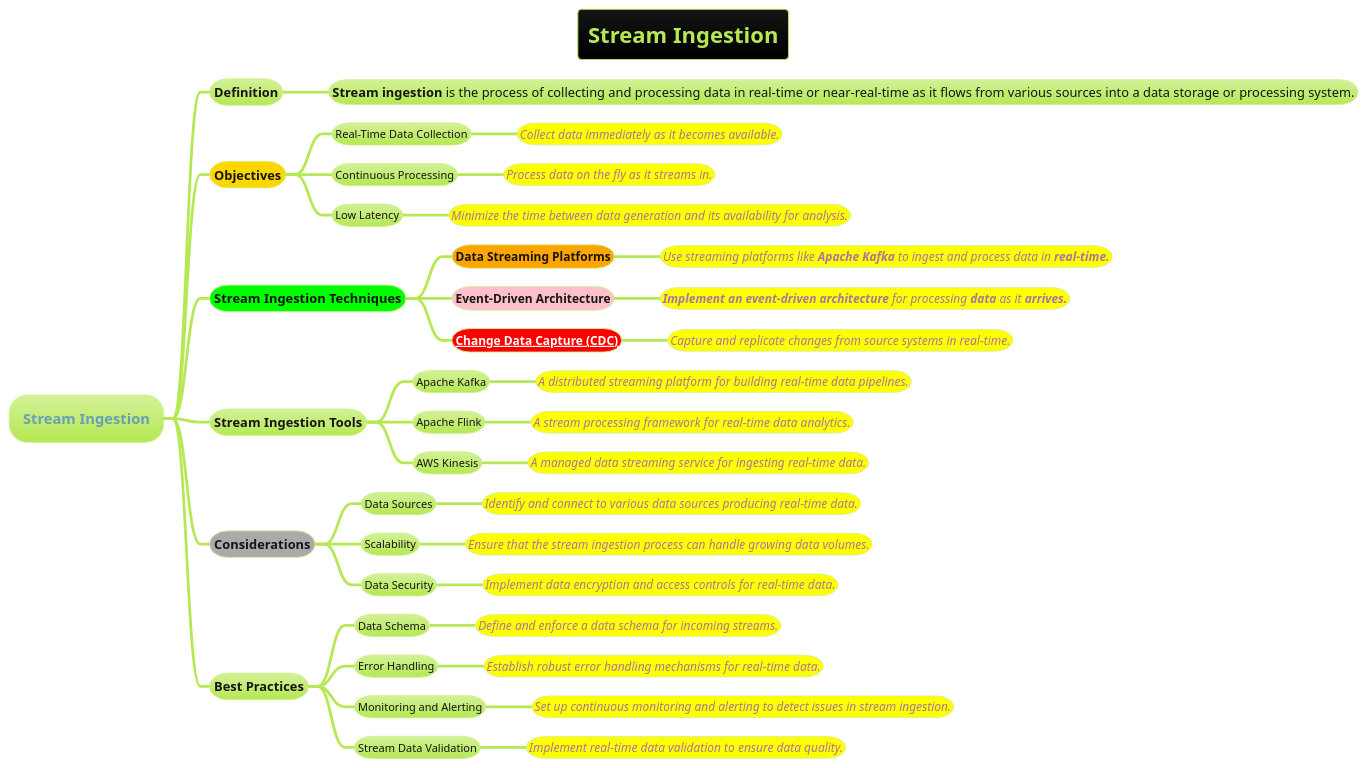
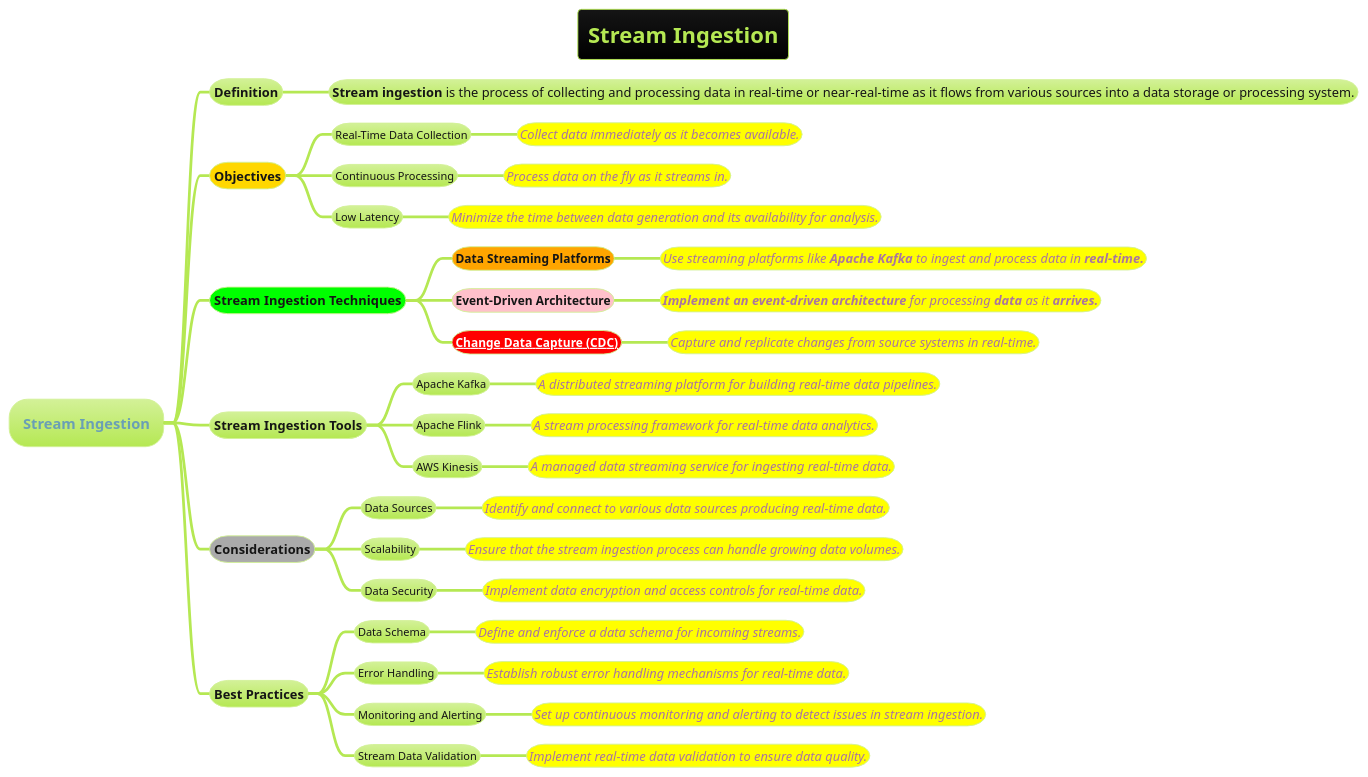
The diagram in docs/AI-ML- DL-Data-Science-and-BigData/data-science/data-engineering/data-pipeline/Stream-Ingestion.puml (MehmoodHashmi/Documentation-as-Code-DaC), drawn with PlantUML before and after one commit. The commit also changed 4 other files, not shown here.

```diff
--- a/docs/AI-ML- DL-Data-Science-and-BigData/data-science/data-engineering/data-pipeline/Stream-Ingestion.puml
+++ b/docs/AI-ML- DL-Data-Science-and-BigData/data-science/data-engineering/data-pipeline/Stream-Ingestion.puml
@@ -1,52 +1,52 @@
 @startmindmap
 title =Stream Ingestion
 !theme hacker
 
 * Stream Ingestion
 ** Definition
 *** <size:14>**Stream ingestion** is the process of collecting and processing data in real-time or near-real-time as it flows from various sources into a data storage or processing system.
 
 **[#gold] Objectives
 *** Real-Time Data Collection
-****[#yellow] ====<size:13>Collect data immediately as it becomes available.
+****[#yellow] ====<size:14>Collect data immediately as it becomes available.
 *** Continuous Processing
-****[#yellow] ====<size:13>Process data on the fly as it streams in.
+****[#yellow] ====<size:14>Process data on the fly as it streams in.
 *** Low Latency
-****[#yellow] ====<size:13>Minimize the time between data generation and its availability for analysis.
+****[#yellow] ====<size:14>Minimize the time between data generation and its availability for analysis.
 
 **[#lime] Stream Ingestion Techniques
 ***[#orange] ===Data Streaming Platforms
-****[#yellow] ====<size:13>Use streaming platforms like **Apache Kafka** to ingest and process data in **real-time.**
+****[#yellow] ====<size:14>Use streaming platforms like **Apache Kafka** to ingest and process data in **real-time.**
 ***[#pink] ===Event-Driven Architecture
-****[#yellow] ====<size:13>**Implement an event-driven architecture** for processing **data** as it **arrives.**
+****[#yellow] ====<size:14>**Implement an event-driven architecture** for processing **data** as it **arrives.**
 ***[#red] ===[[Change-Data-Capture-(CDC).puml Change Data Capture (CDC)]]
-****[#yellow] ====<size:13>Capture and replicate changes from source systems in real-time.
+****[#yellow] ====<size:14>Capture and replicate changes from source systems in real-time.
 
 ** Stream Ingestion Tools
 *** Apache Kafka
-****[#yellow] ====<size:13>A distributed streaming platform for building real-time data pipelines.
+****[#yellow] ====<size:14>A distributed streaming platform for building real-time data pipelines.
 *** Apache Flink
-****[#yellow] ====<size:13>A stream processing framework for real-time data analytics.
+****[#yellow] ====<size:14>A stream processing framework for real-time data analytics.
 *** AWS Kinesis
-****[#yellow] ====<size:13>A managed data streaming service for ingesting real-time data.
+****[#yellow] ====<size:14>A managed data streaming service for ingesting real-time data.
 
 **[#a] Considerations
 *** Data Sources
-****[#yellow] ====<size:13>Identify and connect to various data sources producing real-time data.
+****[#yellow] ====<size:14>Identify and connect to various data sources producing real-time data.
 *** Scalability
-****[#yellow] ====<size:13>Ensure that the stream ingestion process can handle growing data volumes.
+****[#yellow] ====<size:14>Ensure that the stream ingestion process can handle growing data volumes.
 
 *** Data Security
-****[#yellow] ====<size:13>Implement data encryption and access controls for real-time data.
+****[#yellow] ====<size:14>Implement data encryption and access controls for real-time data.
 
 ** Best Practices
 *** Data Schema
-****[#yellow] ====<size:13>Define and enforce a data schema for incoming streams.
+****[#yellow] ====<size:14>Define and enforce a data schema for incoming streams.
 *** Error Handling
-****[#yellow] ====<size:13>Establish robust error handling mechanisms for real-time data.
+****[#yellow] ====<size:14>Establish robust error handling mechanisms for real-time data.
 *** Monitoring and Alerting
-****[#yellow] ====<size:13>Set up continuous monitoring and alerting to detect issues in stream ingestion.
+****[#yellow] ====<size:14>Set up continuous monitoring and alerting to detect issues in stream ingestion.
 *** Stream Data Validation
-****[#yellow] ====<size:13>Implement real-time data validation to ensure data quality.
+****[#yellow] ====<size:14>Implement real-time data validation to ensure data quality.
 
 @endmindmap
```
